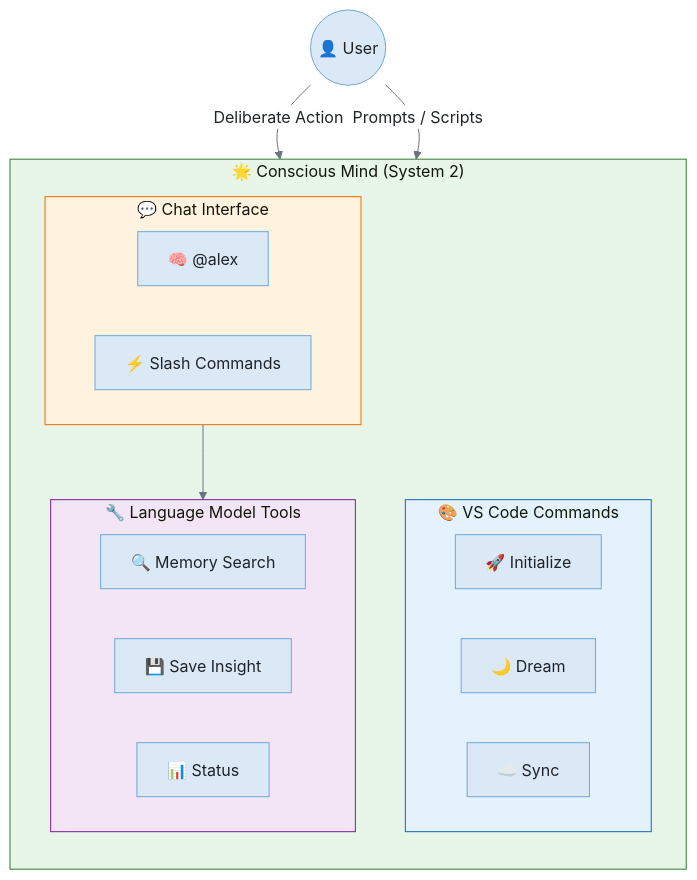
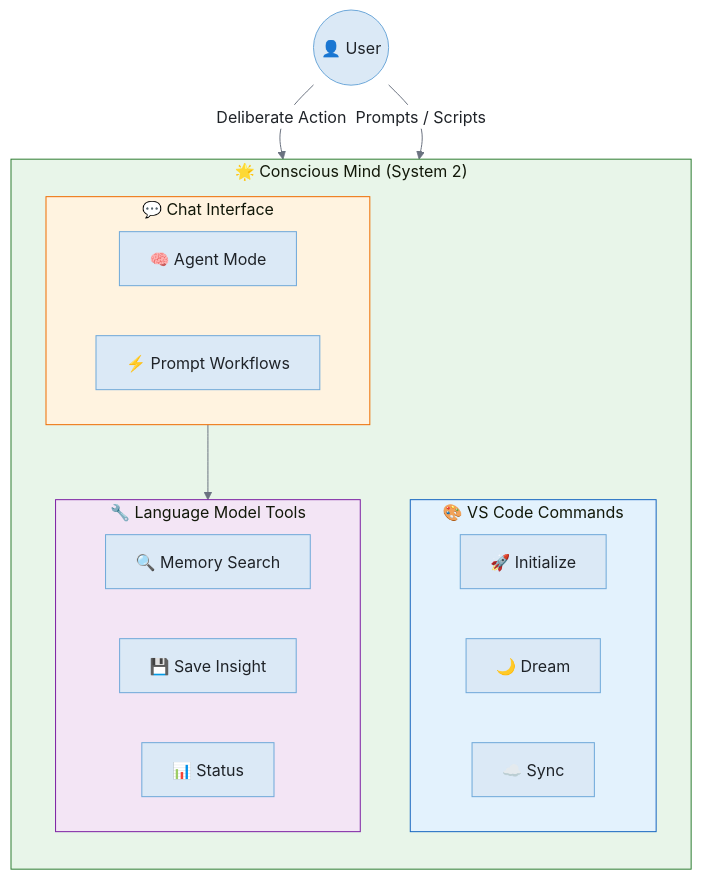
Before and after one commit to fabioc-aloha/Alex_Plug_In: the first of 4 diagrams in alex_docs/architecture/CONSCIOUS-MIND.md, drawn with Mermaid. The commit also changed other lines of this file and 72 other files, not shown here.

First line of the commit message:
Agent-only architecture: remove participant mode, dead code cleanup, docs audit

````diff
--- a/alex_docs/architecture/CONSCIOUS-MIND.md
+++ b/alex_docs/architecture/CONSCIOUS-MIND.md
@@ -24,36 +24,36 @@
 ```mermaid
 %%{init: {'theme': 'base', 'themeVariables': {'background': '#f8f9fa', 'primaryColor': '#dbe9f6', 'primaryTextColor': '#1f2328', 'primaryBorderColor': '#6ea8d9', 'lineColor': '#6b7280', 'secondaryColor': '#d1f5ef', 'secondaryBorderColor': '#5ab5a0', 'tertiaryColor': '#ede7f6', 'tertiaryBorderColor': '#b39ddb', 'edgeLabelBackground': '#ffffff', 'fontFamily': 'Segoe UI, system-ui, sans-serif'}}}%%
 flowchart TB
     subgraph CONSCIOUS["🌟 Conscious Mind (System 2)"]
         direction TB
 
         subgraph CHAT["💬 Chat Interface"]
             direction LR
-            CP["🧠 @alex"]
-            SC["⚡ Slash Commands"]
+            CP["🧠 Agent Mode"]
+            SC["⚡ Prompt Workflows"]
         end
 
         subgraph COMMANDS["🎨 VS Code Commands"]
             direction LR
             INIT["🚀 Initialize"]
             DREAM["🌙 Dream"]
             SYNC["☁️ Sync"]
         end
 
         subgraph TOOLS["🔧 Language Model Tools"]
             direction LR
             MEM["🔍 Memory Search"]
             SAVE["💾 Save Insight"]
             STAT["📊 Status"]
         end
     end
 
     USER(("👤 User")) -->|"Deliberate Action"| CHAT
     USER -->|"Prompts / Scripts"| COMMANDS
     CHAT --> TOOLS
 
     style CONSCIOUS fill:#e8f5e9,stroke:#2e7d32
     style CHAT fill:#fff3e0,stroke:#ef6c00
     style COMMANDS fill:#e3f2fd,stroke:#1565c0
     style TOOLS fill:#f3e5f5,stroke:#7b1fa2
 ```
````
